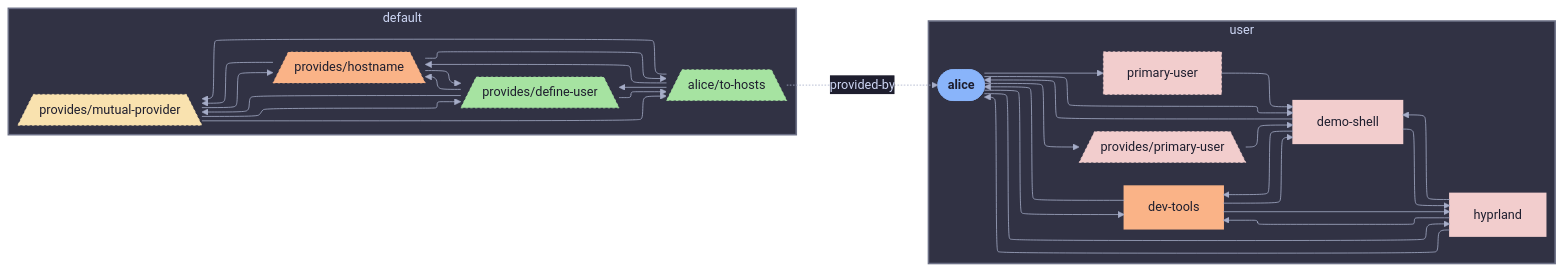
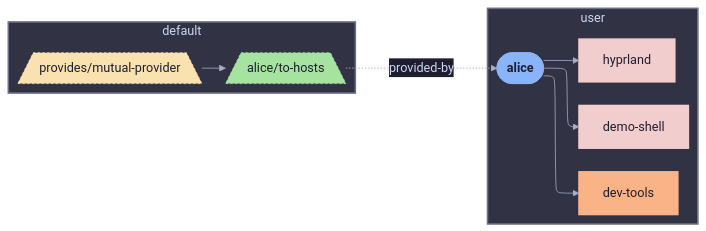
Before and after one commit to sini/den: the diagram in templates/diag-fx-demo/diagrams/angle-brackets-alice-class-hm.md, drawn with Mermaid. The commit also changed 849 other files, not shown here.

Commit message:
chore: update fx diagrams

````diff
--- a/templates/diag-fx-demo/diagrams/angle-brackets-alice-class-hm.md
+++ b/templates/diag-fx-demo/diagrams/angle-brackets-alice-class-hm.md
@@ -5,63 +5,31 @@
 ```mermaid
 %%{init: {"elk":{"mergeEdges":true,"nodePlacementStrategy":"BRANDES_KOEPF"},"layout":"elk","theme":"base","themeVariables":{"activationBkgColor":"#313244","activationBorderColor":"#6c7086","actorBkg":"#313244","actorBorder":"#a6adc8","actorLineColor":"#a6adc8","actorTextColor":"#cdd6f4","background":"#1e1e2e","classText":"#cdd6f4","clusterBkg":"#313244","clusterBorder":"#6c7086","edgeLabelBackground":"#1e1e2e","labelBoxBkgColor":"#313244","labelBoxBorderColor":"#a6adc8","labelTextColor":"#cdd6f4","lineColor":"#a6adc8","loopTextColor":"#cdd6f4","mainBkg":"#313244","nodeBkg":"#313244","nodeBorder":"#a6adc8","nodeTextColor":"#cdd6f4","noteBkgColor":"#313244","noteBorderColor":"#6c7086","noteTextColor":"#cdd6f4","pie1":"#f38ba8","pie2":"#fab387","pie3":"#f9e2af","pie4":"#a6e3a1","pie5":"#94e2d5","pie6":"#89b4fa","pie7":"#cba6f7","pie8":"#f2cdcd","pieLegendTextColor":"#cdd6f4","pieOuterStrokeColor":"#6c7086","pieSectionTextColor":"#cdd6f4","pieStrokeColor":"#6c7086","pieTitleTextColor":"#cdd6f4","primaryBorderColor":"#a6adc8","primaryColor":"#313244","primaryTextColor":"#cdd6f4","secondBkg":"#313244","secondaryBorderColor":"#6c7086","secondaryColor":"#313244","secondaryTextColor":"#cdd6f4","sequenceNumberColor":"#1e1e2e","signalColor":"#a6adc8","signalTextColor":"#cdd6f4","tertiaryBorderColor":"#6c7086","tertiaryColor":"#313244","tertiaryTextColor":"#cdd6f4","textColor":"#cdd6f4","titleColor":"#cdd6f4"}}}%%
 graph LR
   alice([alice]):::root
 
   subgraph ctx_user["user"]
   demo_shell["demo-shell"]:::demo_shell_c
   dev_tools["dev-tools"]:::dev_tools_c
   hyprland["hyprland"]:::hyprland_c
-  primary_user["primary-user"]:::primary_user_c
-  den__provides__primary_user[/"provides/primary-user"\]:::den__provides__primary_user_c
   alice --> demo_shell
   alice --> dev_tools
   alice --> hyprland
-  alice --> primary_user
-  alice --> den__provides__primary_user
-  demo_shell --> hyprland
-  demo_shell --> alice
-  demo_shell --> dev_tools
-  den__provides__primary_user --> demo_shell
-  dev_tools --> alice
-  dev_tools --> demo_shell
-  dev_tools --> hyprland
-  hyprland --> dev_tools
-  hyprland --> alice
-  hyprland --> demo_shell
-  primary_user --> demo_shell
   end
   subgraph ctx_default["default"]
-  den__provides__define_user[/"provides/define-user"\]:::den__provides__define_user_c
-  den__provides__hostname[/"provides/hostname"\]:::den__provides__hostname_c
   den__provides__mutual_provider[/"provides/mutual-provider"\]:::den__provides__mutual_provider_c
   alice__to_hosts[/"alice/to-hosts"\]:::alice__to_hosts_c
-  alice__to_hosts --> den__provides__define_user
-  alice__to_hosts --> den__provides__hostname
-  alice__to_hosts --> den__provides__mutual_provider
-  den__provides__mutual_provider --> den__provides__define_user
-  den__provides__mutual_provider --> den__provides__hostname
   den__provides__mutual_provider --> alice__to_hosts
-  den__provides__hostname --> den__provides__define_user
-  den__provides__define_user --> den__provides__hostname
-  den__provides__define_user --> den__provides__mutual_provider
-  den__provides__hostname --> den__provides__mutual_provider
-  den__provides__define_user --> alice__to_hosts
-  den__provides__hostname --> alice__to_hosts
   alice__to_hosts -.->|provided-by| alice
   end
 
 
   classDef root fill:#89b4fa,stroke:#89b4fa,color:#1e1e2e,font-weight:bold
   classDef alice_c fill:#f2cdcd,stroke:#f2cdcd,color:#1e1e2e,stroke-width:2px
-  classDef den__provides__define_user_c fill:#a6e3a1,stroke:#a6e3a1,color:#1e1e2e,stroke-dasharray: 3 3,stroke-width:1px
   classDef demo_shell_c fill:#f2cdcd,stroke:#f2cdcd,color:#1e1e2e,stroke-width:2px
   classDef dev_tools_c fill:#fab387,stroke:#fab387,color:#1e1e2e,stroke-width:2px
-  classDef den__provides__hostname_c fill:#fab387,stroke:#fab387,color:#1e1e2e,stroke-dasharray: 3 3,stroke-width:1px
   classDef hyprland_c fill:#f2cdcd,stroke:#f2cdcd,color:#1e1e2e,stroke-width:2px
   classDef den__provides__mutual_provider_c fill:#f9e2af,stroke:#f9e2af,color:#1e1e2e,stroke-dasharray: 3 3,stroke-width:1px
-  classDef primary_user_c fill:#f2cdcd,stroke:#f2cdcd,color:#1e1e2e,stroke-dasharray: 3 3,stroke-width:1px
-  classDef den__provides__primary_user_c fill:#f2cdcd,stroke:#f2cdcd,color:#1e1e2e,stroke-dasharray: 3 3,stroke-width:1px
   classDef alice__to_hosts_c fill:#a6e3a1,stroke:#a6e3a1,color:#1e1e2e,stroke-dasharray: 3 3,stroke-width:1px
 style ctx_user fill:#313244,stroke:#6c7086,stroke-width:2px
 style ctx_default fill:#313244,stroke:#6c7086,stroke-width:2px
 ```
````
